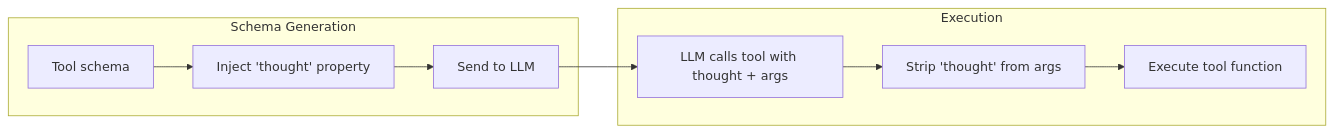
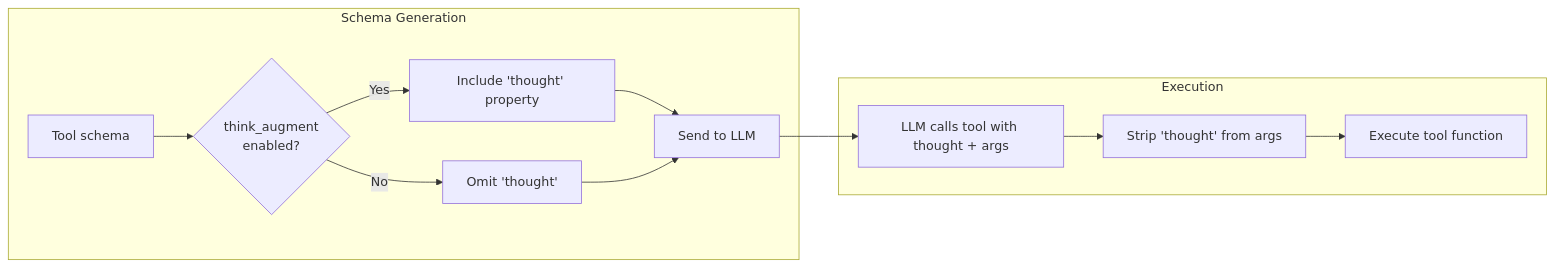
One commit to Oaklight/ToolRegistry changed the diagram in docs/usage/think_augmented.md. Above: the diagram before and after it, drawn with Mermaid. The commit also changed other lines of this file and 1 other file, not shown here.

First line of the commit message:
docs: update think-augmented calling docs for configurable behavior

````diff
--- a/docs/usage/think_augmented.md
+++ b/docs/usage/think_augmented.md
@@ -19,12 +21,15 @@
 ```mermaid
 flowchart LR
     subgraph Schema Generation
-        Tool["Tool schema"] --> Inject["Inject 'thought' property"]
+        Tool["Tool schema"] --> Check{"think_augment\nenabled?"}
+        Check -->|Yes| Inject["Include 'thought' property"]
+        Check -->|No| Skip["Omit 'thought'"]
         Inject --> LLM["Send to LLM"]
+        Skip --> LLM
     end
     subgraph Execution
         LLM --> Call["LLM calls tool with thought + args"]
         Call --> Strip["Strip 'thought' from args"]
         Strip --> Run["Execute tool function"]
     end
 ```
````
